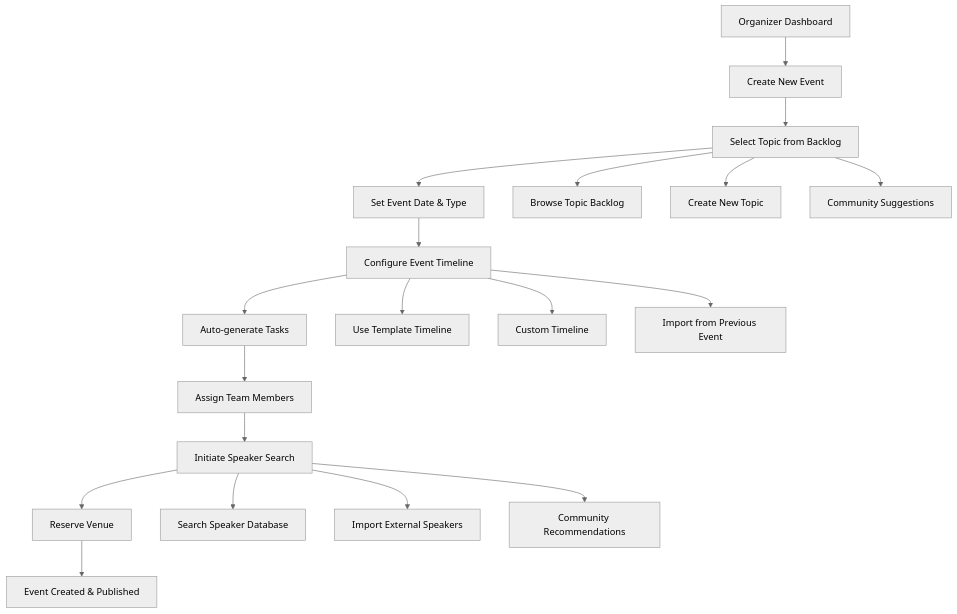
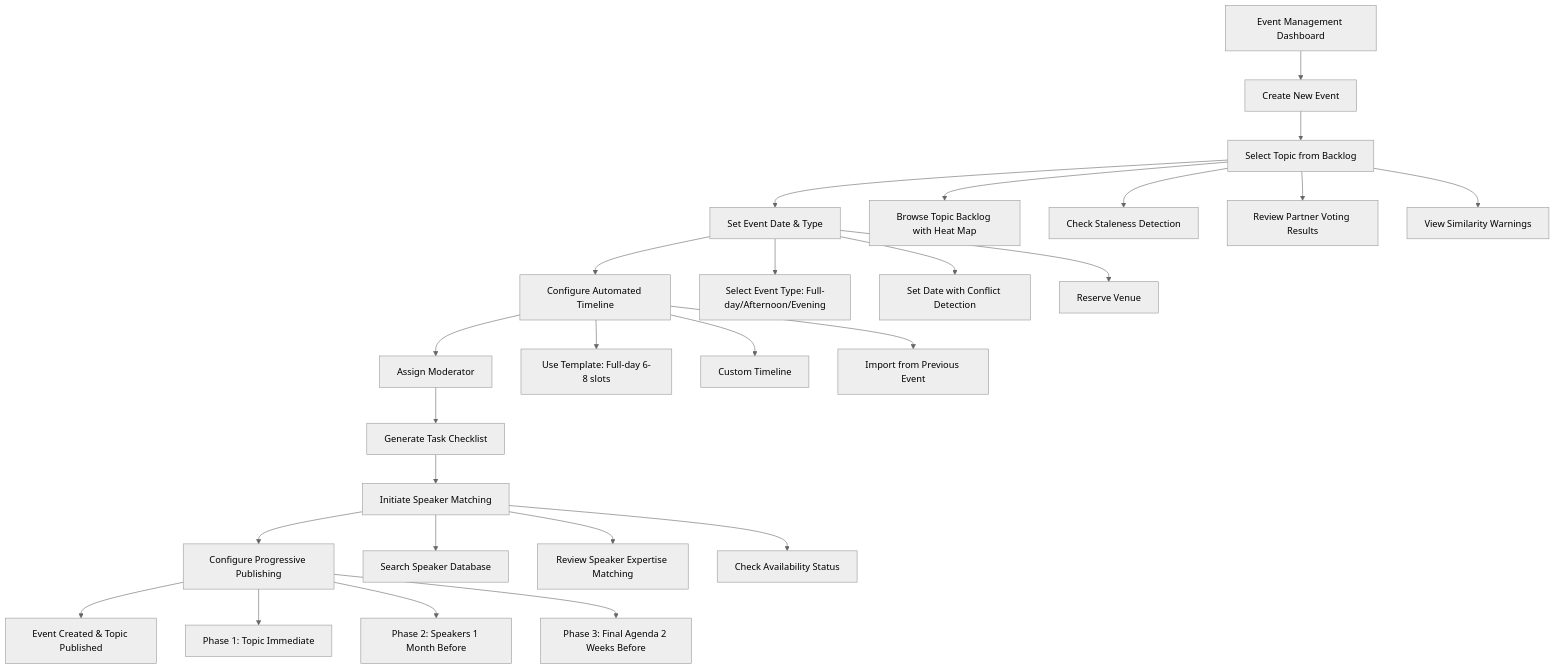
The second of 5 diagrams in docs/front-end-spec.md (nissimbuchs/BATbern2), drawn with Mermaid (neutral theme) before and after one commit. The commit also changed other lines of this file, not shown here.

First line of the commit message:
docs(ux): create comprehensive frontend spec v2.0 aligned with PRD v4

````diff
--- a/docs/front-end-spec.md
+++ b/docs/front-end-spec.md
@@ -163,24 +228,33 @@
 ```mermaid
 graph TD
-    A[Organizer Dashboard] --> B[Create New Event]
+    A[Event Management Dashboard] --> B[Create New Event]
     B --> C[Select Topic from Backlog]
     C --> D[Set Event Date & Type]
-    D --> E[Configure Event Timeline]
-    E --> F[Auto-generate Tasks]
-    F --> G[Assign Team Members]
-    G --> H[Initiate Speaker Search]
-    H --> I[Reserve Venue]
-    I --> J[Event Created & Published]
+    D --> E[Configure Automated Timeline]
+    E --> F[Assign Moderator]
+    F --> G[Generate Task Checklist]
+    G --> H[Initiate Speaker Matching]
+    H --> I[Configure Progressive Publishing]
+    I --> J[Event Created & Topic Published]
 
-    C --> C1[Browse Topic Backlog]
-    C --> C2[Create New Topic]
-    C --> C3[Community Suggestions]
+    C --> C1[Browse Topic Backlog with Heat Map]
+    C --> C2[Check Staleness Detection]
+    C --> C3[Review Partner Voting Results]
+    C --> C4[View Similarity Warnings]
 
-    E --> E1[Use Template Timeline]
+    D --> D1[Select Event Type: Full-day/Afternoon/Evening]
+    D --> D2[Set Date with Conflict Detection]
+    D --> D3[Reserve Venue]
+
+    E --> E1[Use Template: Full-day 6-8 slots]
     E --> E2[Custom Timeline]
     E --> E3[Import from Previous Event]
 
     H --> H1[Search Speaker Database]
-    H --> H2[Import External Speakers]
-    H --> H3[Community Recommendations]
+    H --> H2[Review Speaker Expertise Matching]
+    H --> H3[Check Availability Status]
+
+    I --> I1[Phase 1: Topic Immediate]
+    I --> I2[Phase 2: Speakers 1 Month Before]
+    I --> I3[Phase 3: Final Agenda 2 Weeks Before]
 ```
````
